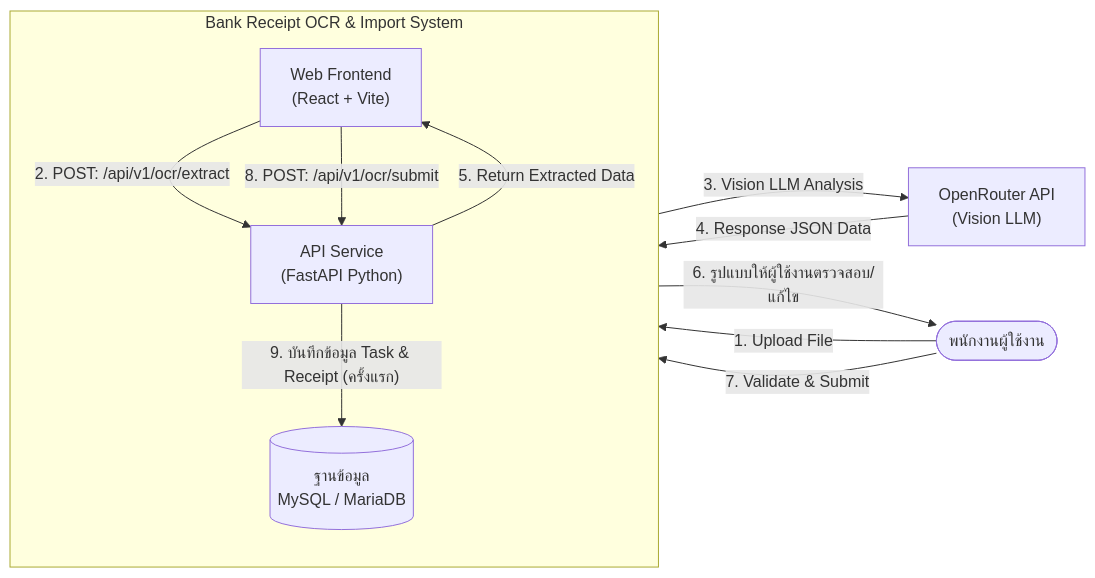
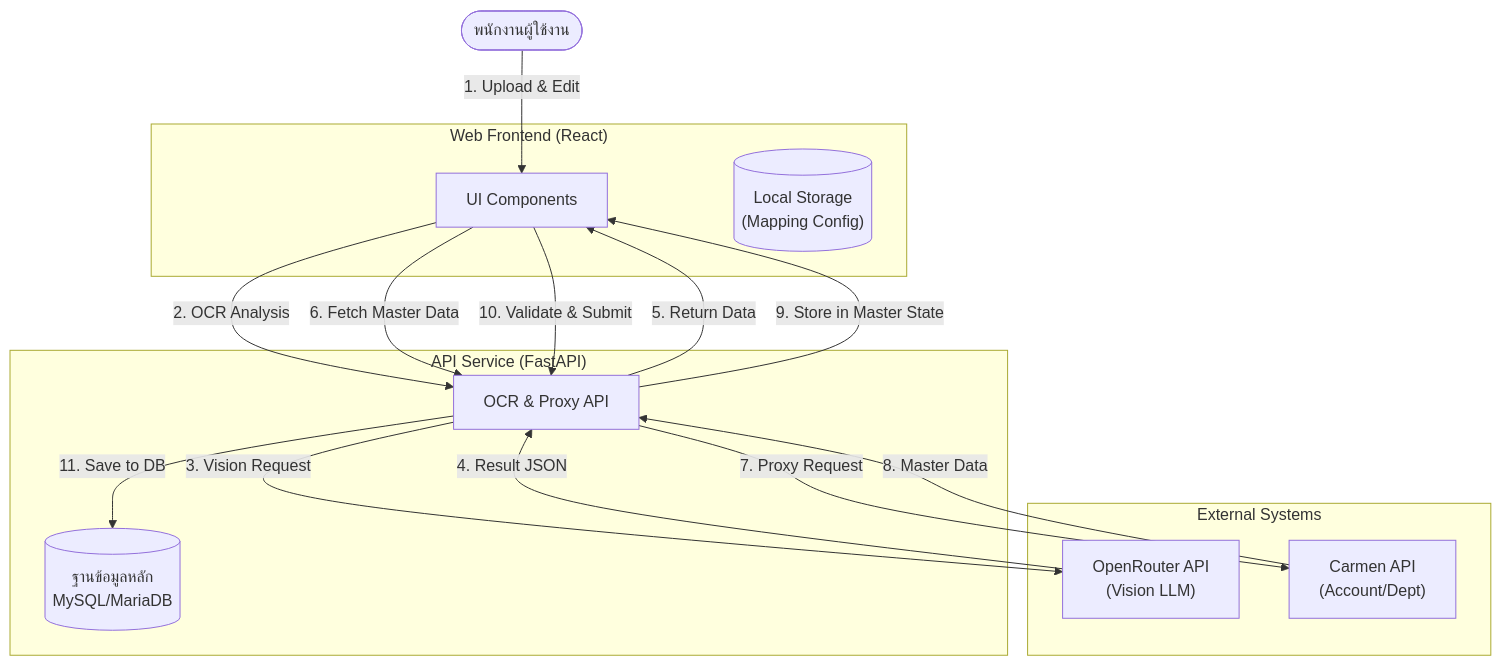
The first of 5 diagrams in docs/Software_Requirements_Specification.md (SupportCarmen/OCR), drawn with Mermaid before and after one commit. The commit also changed other lines of this file, not shown here.

````diff
--- a/docs/Software_Requirements_Specification.md
+++ b/docs/Software_Requirements_Specification.md
@@ -7,26 +42,34 @@
 ```mermaid
-flowchart LR
-    %% Definitions
+flowchart TD
     User([พนักงานผู้ใช้งาน])
     
-    subgraph OCR_System["Bank Receipt OCR & Import System"]
-        direction TB
-        UI["Web Frontend\n(React + Vite)"]
-        API["API Service\n(FastAPI Python)"]
-        DB[(ฐานข้อมูล\nMySQL / MariaDB)]
+    subgraph Frontend["Web Frontend (React)"]
+        UI["UI Components"]
+        LS[("Local Storage\n(Mapping Config)")]
     end
     
-    OpenRouter["OpenRouter API\n(Vision LLM)"]
+    subgraph Backend["API Service (FastAPI)"]
+        API["OCR & Proxy API"]
+        DB[(ฐานข้อมูลหลัก\nMySQL/MariaDB)]
+    end
     
+    subgraph External["External Systems"]
+        OpenRouter["OpenRouter API\n(Vision LLM)"]
+        Carmen["Carmen API\n(Account/Dept)"]
+    end
 
     %% Connections
-    User -- "1. Upload File" --> UI
-    UI -- "2. POST: /api/v1/ocr/extract" --> API
-    API -- "3. Vision LLM Analysis" --> OpenRouter
-    OpenRouter -- "4. Response JSON Data" --> API
-    API -- "5. Return Extracted Data" --> UI
-    UI -- "6. รูปแบบให้ผู้ใช้งานตรวจสอบ/แก้ไข" --> User
-    User -- "7. Validate & Submit" --> UI
-    UI -- "8. POST: /api/v1/ocr/submit" --> API
-    API -- "9. บันทึกข้อมูล Task & Receipt (ครั้งแรก)" --> DB
+    User -- "1. Upload & Edit" --> UI
+    UI -- "2. OCR Analysis" --> API
+    API -- "3. Vision Request" --> OpenRouter
+    OpenRouter -- "4. Result JSON" --> API
+    API -- "5. Return Data" --> UI
+    
+    UI -- "6. Fetch Master Data" --> API
+    API -- "7. Proxy Request" --> Carmen
+    Carmen -- "8. Master Data" --> API
+    API -- "9. Store in Master State" --> UI
+    
+    UI -- "10. Validate & Submit" --> API
+    API -- "11. Save to DB" --> DB
 ```
````
